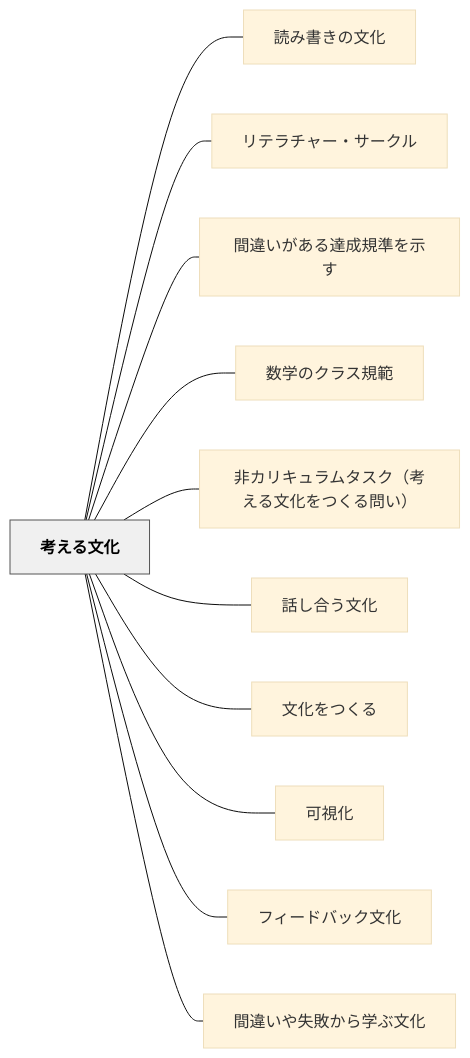
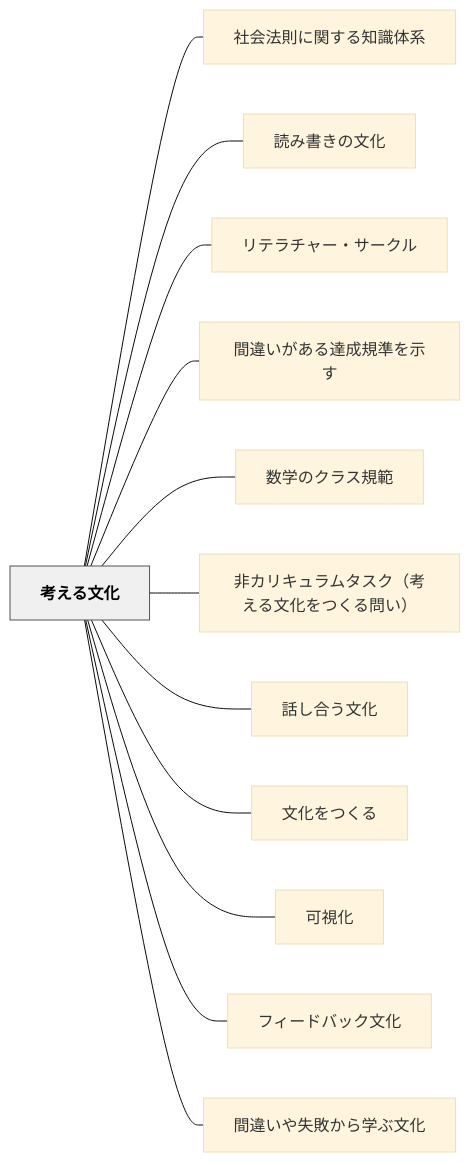
One commit to unknownthings-ed-patterns/unknownthings-ed-patterns changed the diagram in content/パタン/考える文化.md. Above: the diagram before and after it, drawn with Mermaid (base theme). The commit also changed other lines of this file and 36 other files, not shown here.

````diff
--- a/content/パタン/考える文化.md
+++ b/content/パタン/考える文化.md
@@ -86,28 +87,30 @@
 ```mermaid
 flowchart LR
     ne88083e38188e3828be69687e58c96["考える文化"]
+    ne7a4bee4bc9ae6b395e58987e381abe996a2e38199e3828be79fa5e8ad98e4bd93e7b3bb["社会法則に関する知識体系"]
     ne8aaade381bfe69bb8e3818de381aee69687e58c96["読み書きの文化"]
     ne383aae38386e383a9e38381e383a3e383bce383bbe382b5e383bce382afe383ab["リテラチャー・サークル"]
     ne99693e98195e38184e3818ce38182e3828be98194e68890e8a68fe6ba96e38292e7a4bae38199["間違いがある達成規準を示す"]
     ne695b0e5ada6e381aee382afe383a9e382b9e8a68fe7af84["数学のクラス規範"]
     ne99d9ee382abe383aae382ade383a5e383a9e383a0e382bfe382b9e382afefbc88e88083e38188e3828be69687e58c96e38292e381a4e3818fe3828be5958fe38184efbc89["非カリキュラムタスク（考える文化をつくる問い）"]
     ne8a9b1e38197e59088e38186e69687e58c96["話し合う文化"]
     ne69687e58c96e38292e381a4e3818fe3828b["文化をつくる"]
     ne58fafe8a696e58c96["可視化"]
     ne38395e382a3e383bce38389e38390e38383e382afe69687e58c96["フィードバック文化"]
     ne99693e98195e38184e38284e5a4b1e69597e3818be38289e5ada6e381b6e69687e58c96["間違いや失敗から学ぶ文化"]
 
+    ne88083e38188e3828be69687e58c96 --- ne7a4bee4bc9ae6b395e58987e381abe996a2e38199e3828be79fa5e8ad98e4bd93e7b3bb
     ne88083e38188e3828be69687e58c96 --- ne8aaade381bfe69bb8e3818de381aee69687e58c96
     ne88083e38188e3828be69687e58c96 --- ne383aae38386e383a9e38381e383a3e383bce383bbe382b5e383bce382afe383ab
     ne88083e38188e3828be69687e58c96 --- ne99693e98195e38184e3818ce38182e3828be98194e68890e8a68fe6ba96e38292e7a4bae38199
     ne88083e38188e3828be69687e58c96 --- ne695b0e5ada6e381aee382afe383a9e382b9e8a68fe7af84
     ne88083e38188e3828be69687e58c96 --- ne99d9ee382abe383aae382ade383a5e383a9e383a0e382bfe382b9e382afefbc88e88083e38188e3828be69687e58c96e38292e381a4e3818fe3828be5958fe38184efbc89
     ne88083e38188e3828be69687e58c96 --- ne8a9b1e38197e59088e38186e69687e58c96
     ne88083e38188e3828be69687e58c96 --- ne69687e58c96e38292e381a4e3818fe3828b
     ne88083e38188e3828be69687e58c96 --- ne58fafe8a696e58c96
     ne88083e38188e3828be69687e58c96 --- ne38395e382a3e383bce38389e38390e38383e382afe69687e58c96
     ne88083e38188e3828be69687e58c96 --- ne99693e98195e38184e38284e5a4b1e69597e3818be38289e5ada6e381b6e69687e58c96
 
     classDef hub fill:#f0f0f0,stroke:#555,color:#000,font-weight:bold
     class ne88083e38188e3828be69687e58c96 hub
 ```
````
